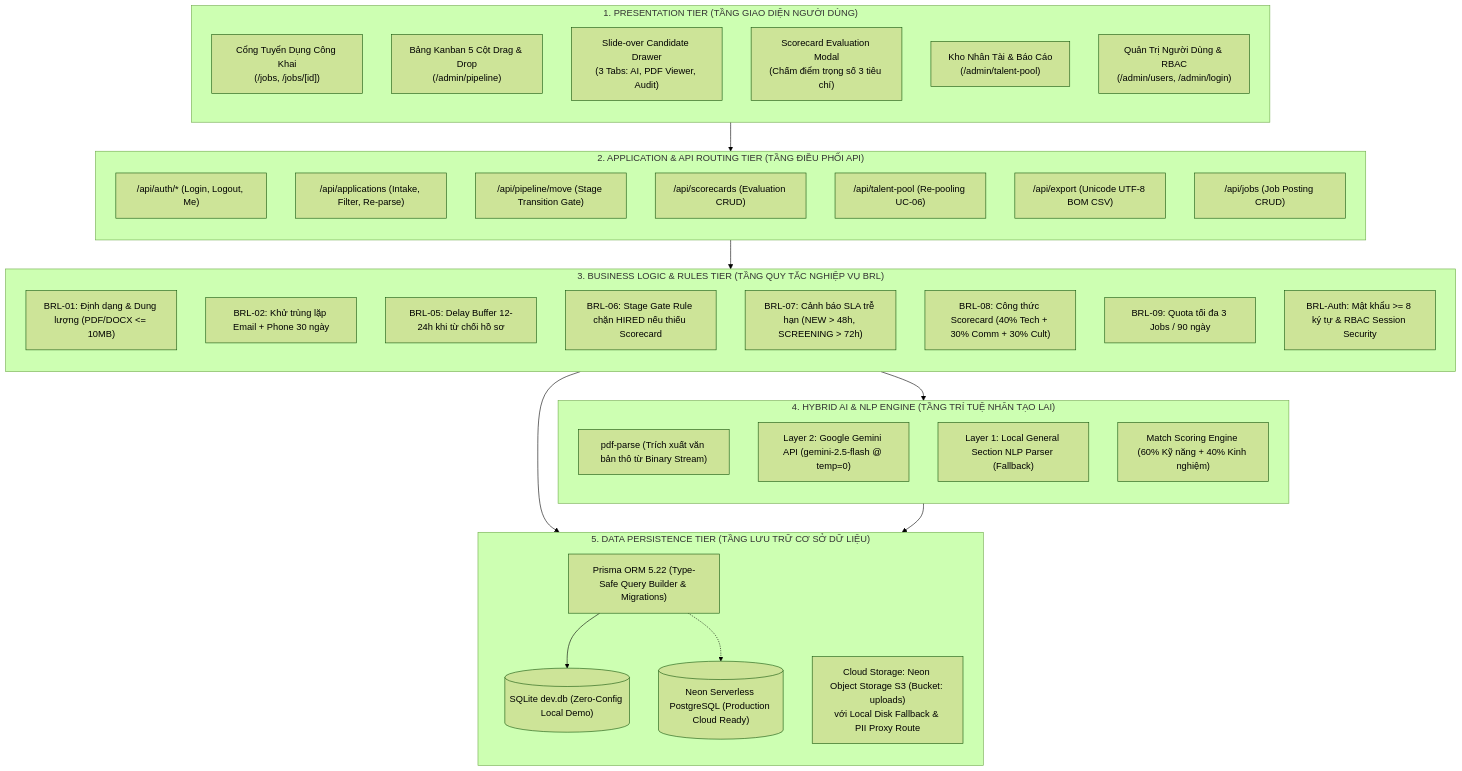
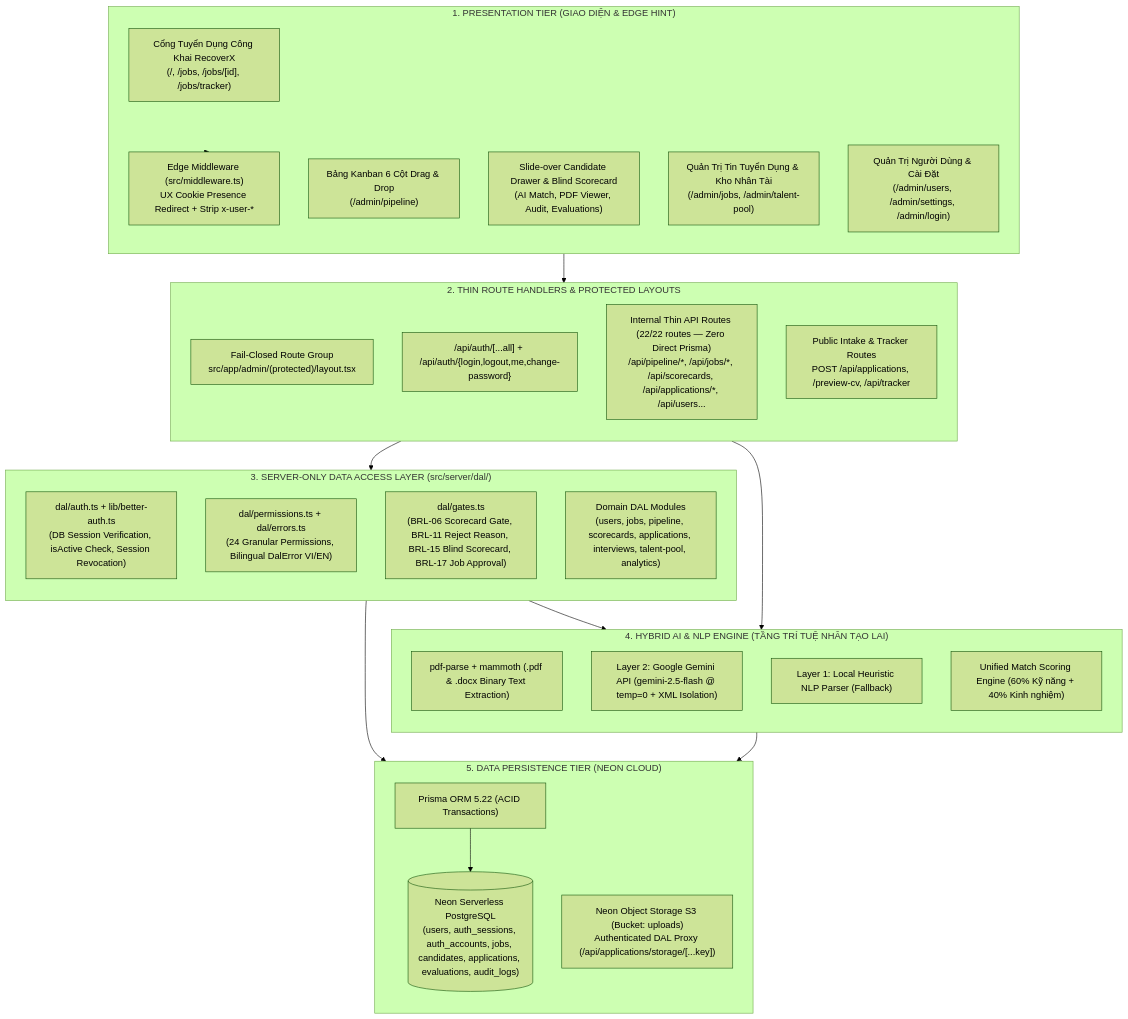
One commit to TheBigMouse-Fstack/ats-applicant_tracking_system changed the first of 3 diagrams in docs/dev-context/13_System_Architecture_and_Technology_Stack.md. Above: the diagram before and after it, drawn with Mermaid (forest theme). The commit also changed other lines of this file and 76 other files, not shown here.

Commit message:
feat(ats-002): migrate internal auth to Better Auth, add server-only DAL, and sync living docs

````diff
--- a/docs/dev-context/13_System_Architecture_and_Technology_Stack.md
+++ b/docs/dev-context/13_System_Architecture_and_Technology_Stack.md
@@ -44,59 +46,52 @@
 ```mermaid
 flowchart TB
-    subgraph CLIENT_TIER ["1. PRESENTATION TIER (TẦNG GIAO DIỆN NGƯỜI DÙNG)"]
+    subgraph CLIENT_TIER ["1. PRESENTATION TIER (GIAO DIỆN & EDGE HINT)"]
         direction TB
-        C1["Cổng Tuyển Dụng Công Khai<br>(/jobs, /jobs/[id])"]
-        C2["Bảng Kanban 5 Cột Drag & Drop<br>(/admin/pipeline)"]
-        C3["Slide-over Candidate Drawer<br>(3 Tabs: AI, PDF Viewer, Audit)"]
-        C4["Scorecard Evaluation Modal<br>(Chấm điểm trọng số 3 tiêu chí)"]
-        C5["Kho Nhân Tài & Báo Cáo<br>(/admin/talent-pool)"]
-        C6["Quản Trị Người Dùng & RBAC<br>(/admin/users, /admin/login)"]
+        C1["Cổng Tuyển Dụng Công Khai RecoverX<br>(/, /jobs, /jobs/[id], /jobs/tracker)"]
+        C2["Bảng Kanban 6 Cột Drag & Drop<br>(/admin/pipeline)"]
+        C3["Slide-over Candidate Drawer & Blind Scorecard<br>(AI Match, PDF Viewer, Audit, Evaluations)"]
+        C4["Quản Trị Tin Tuyển Dụng & Kho Nhân Tài<br>(/admin/jobs, /admin/talent-pool)"]
+        C5["Quản Trị Người Dùng & Cài Đặt<br>(/admin/users, /admin/settings, /admin/login)"]
+        MW["Edge Middleware (src/middleware.ts)<br>UX Cookie Presence Redirect + Strip x-user-*"]
     end
 
-    subgraph API_TIER ["2. APPLICATION & API ROUTING TIER (TẦNG ĐIỀU PHỐI API)"]
+    subgraph API_TIER ["2. THIN ROUTE HANDLERS & PROTECTED LAYOUTS"]
         direction TB
-        A1["/api/auth/* (Login, Logout, Me)"]
-        A2["/api/applications (Intake, Filter, Re-parse)"]
-        A3["/api/pipeline/move (Stage Transition Gate)"]
-        A4["/api/scorecards (Evaluation CRUD)"]
-        A5["/api/talent-pool (Re-pooling UC-06)"]
-        A6["/api/export (Unicode UTF-8 BOM CSV)"]
-        A7["/api/jobs (Job Posting CRUD)"]
+        L1["Fail-Closed Route Group<br>src/app/admin/(protected)/layout.tsx"]
+        A1["/api/auth/[...all] + /api/auth/{login,logout,me,change-password}"]
+        A2["Internal Thin API Routes (22/22 routes — Zero Direct Prisma)<br>/api/pipeline/*, /api/jobs/*, /api/scorecards, /api/applications/*, /api/users..."]
+        A3["Public Intake & Tracker Routes<br>POST /api/applications, /preview-cv, /api/tracker"]
     end
 
-    subgraph DOMAIN_TIER ["3. BUSINESS LOGIC & RULES TIER (TẦNG QUY TẮC NGHIỆP VỤ BRL)"]
+    subgraph DAL_TIER ["3. SERVER-ONLY DATA ACCESS LAYER (src/server/dal/)"]
         direction TB
-        B1["BRL-01: Định dạng & Dung lượng (PDF/DOCX <= 10MB)"]
-        B2["BRL-02: Khử trùng lặp Email + Phone 30 ngày"]
-        B3["BRL-05: Delay Buffer 12-24h khi từ chối hồ sơ"]
-        B4["BRL-06: Stage Gate Rule chặn HIRED nếu thiếu Scorecard"]
-        B5["BRL-07: Cảnh báo SLA trễ hạn (NEW > 48h, SCREENING > 72h)"]
-        B6["BRL-08: Công thức Scorecard (40% Tech + 30% Comm + 30% Cult)"]
-        B7["BRL-09: Quota tối đa 3 Jobs / 90 ngày"]
-        B8["BRL-Auth: Mật khẩu >= 8 ký tự & RBAC Session Security"]
+        D1["dal/auth.ts + lib/better-auth.ts<br>(DB Session Verification, isActive Check, Session Revocation)"]
+        D2["dal/permissions.ts + dal/errors.ts<br>(24 Granular Permissions, Bilingual DalError VI/EN)"]
+        D3["dal/gates.ts<br>(BRL-06 Scorecard Gate, BRL-11 Reject Reason, BRL-15 Blind Scorecard, BRL-17 Job Approval)"]
+        D4["Domain DAL Modules<br>(users, jobs, pipeline, scorecards, applications, interviews, talent-pool, analytics)"]
     end
 
     subgraph AI_TIER ["4. HYBRID AI & NLP ENGINE (TẦNG TRÍ TUỆ NHÂN TẠO LAI)"]
         direction TB
-        AI_PARSE["pdf-parse (Trích xuất văn bản thô từ Binary Stream)"]
-        AI_L2["Layer 2: Google Gemini API (gemini-2.5-flash @ temp=0)"]
-        AI_L1["Layer 1: Local General Section NLP Parser (Fallback)"]
-        AI_SCORE["Match Scoring Engine (60% Kỹ năng + 40% Kinh nghiệm)"]
+        AI_PARSE["pdf-parse + mammoth (.pdf & .docx Binary Text Extraction)"]
+        AI_L2["Layer 2: Google Gemini API (gemini-2.5-flash @ temp=0 + XML Isolation)"]
+        AI_L1["Layer 1: Local Heuristic NLP Parser (Fallback)"]
+        AI_SCORE["Unified Match Scoring Engine (60% Kỹ năng + 40% Kinh nghiệm)"]
     end
 
-    subgraph DATA_TIER ["5. DATA PERSISTENCE TIER (TẦNG LƯU TRỮ CƠ SỞ DỮ LIỆU)"]
+    subgraph DATA_TIER ["5. DATA PERSISTENCE TIER (NEON CLOUD)"]
         direction TB
-        ORM["Prisma ORM 5.22 (Type-Safe Query Builder & Migrations)"]
-        DB_DEV[("SQLite dev.db (Zero-Config Local Demo)")]
-        DB_PROD[("Neon Serverless PostgreSQL (Production Cloud Ready)")]
-        FS["Cloud Storage: Neon Object Storage S3 (Bucket: uploads)<br>với Local Disk Fallback & PII Proxy Route"]
+        ORM["Prisma ORM 5.22 (ACID Transactions)"]
+        DB_PROD[("Neon Serverless PostgreSQL<br>(users, auth_sessions, auth_accounts, jobs, candidates, applications, evaluations, audit_logs)")]
+        FS["Neon Object Storage S3 (Bucket: uploads)<br>Authenticated DAL Proxy (/api/applications/storage/[...key])"]
     end
 
-    CLIENT_TIER --> API_TIER
-    API_TIER --> DOMAIN_TIER
-    DOMAIN_TIER --> AI_TIER
-    DOMAIN_TIER --> DATA_TIER
+    CLIENT_TIER --> MW
+    MW --> API_TIER
+    API_TIER --> DAL_TIER
+    A3 --> AI_TIER
+    DAL_TIER --> AI_TIER
+    DAL_TIER --> DATA_TIER
     AI_TIER --> DATA_TIER
-    ORM --> DB_DEV
-    ORM -.-> DB_PROD
+    ORM --> DB_PROD
 ```
````
